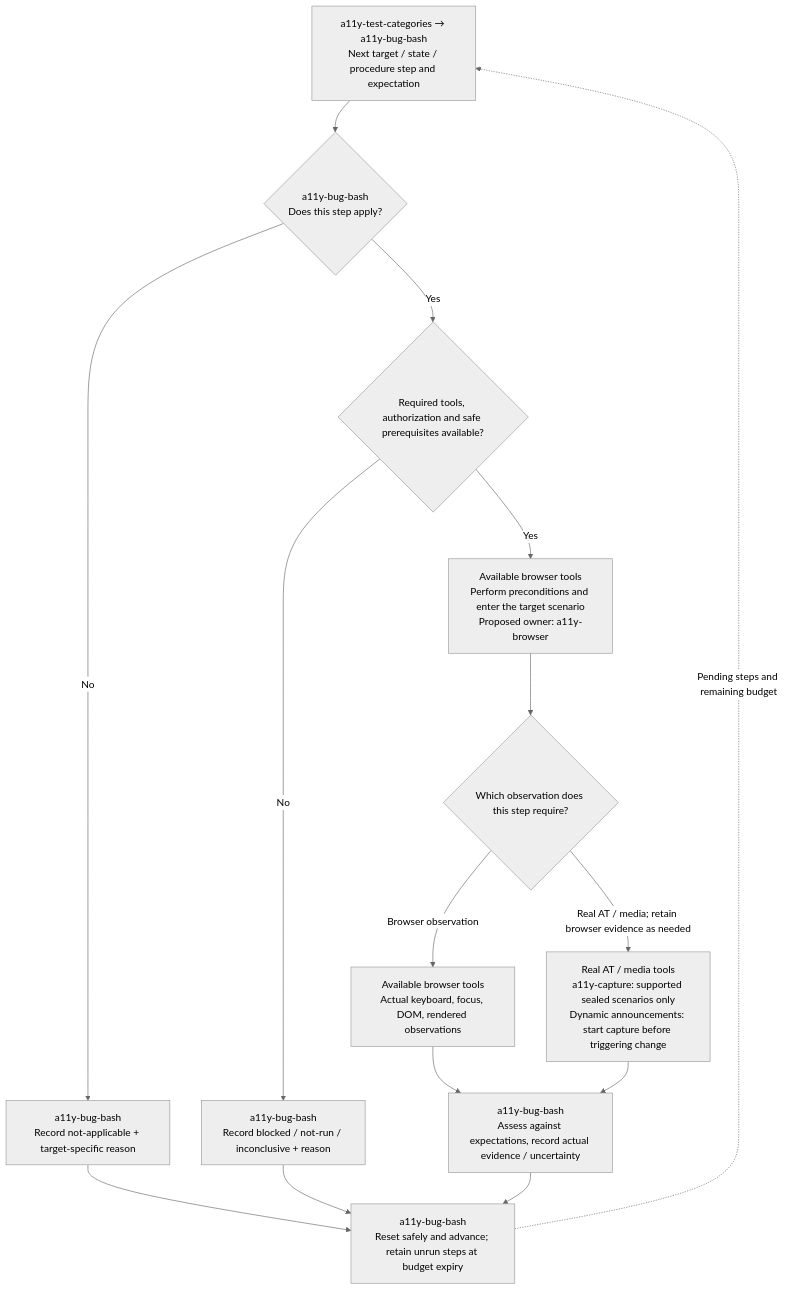
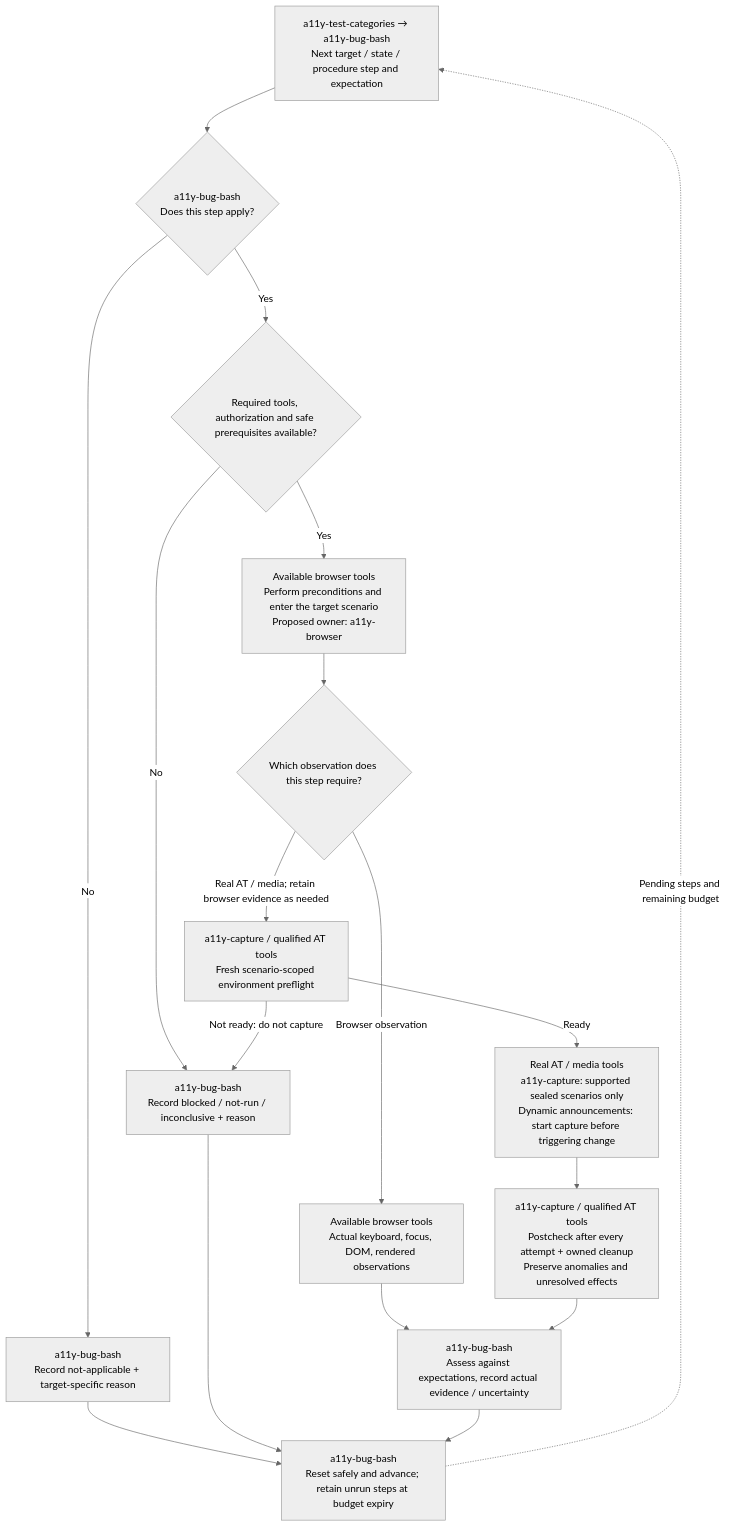
One commit to kaixun96/dev.A11yAssist changed the second of 2 diagrams in docs/BUG-BASH-ARCHITECTURE.md. Above: the diagram before and after it, drawn with Mermaid (neutral theme). The commit also changed other lines of this file and 309 other files, not shown here.

````diff
--- a/docs/BUG-BASH-ARCHITECTURE.md
+++ b/docs/BUG-BASH-ARCHITECTURE.md
@@ -115,23 +114,27 @@
 ```mermaid
 flowchart TD
     C["a11y-test-categories → a11y-bug-bash<br/>Next target / state / procedure step and expectation"]
     Q{"a11y-bug-bash<br/>Does this step apply?"}
     N["a11y-bug-bash<br/>Record not-applicable + target-specific reason"]
     T{"Required tools, authorization and safe prerequisites available?"}
     X["a11y-bug-bash<br/>Record blocked / not-run / inconclusive + reason"]
     B["Available browser tools<br/>Perform preconditions and enter the target scenario<br/>Proposed owner: a11y-browser"]
     D{"Which observation does this step require?"}
     W["Available browser tools<br/>Actual keyboard, focus, DOM, rendered observations"]
+    PRE["a11y-capture / qualified AT tools<br/>Fresh scenario-scoped environment preflight"]
     AT["Real AT / media tools<br/>a11y-capture: supported sealed scenarios only<br/>Dynamic announcements: start capture before triggering change"]
+    POST["a11y-capture / qualified AT tools<br/>Postcheck after every attempt + owned cleanup<br/>Preserve anomalies and unresolved effects"]
     F["a11y-bug-bash<br/>Assess against expectations, record actual evidence / uncertainty"]
     L["a11y-bug-bash<br/>Reset safely and advance; retain unrun steps at budget expiry"]
     C --> Q
     Q -- "No" --> N --> L
     Q -- "Yes" --> T
     T -- "No" --> X --> L
     T -- "Yes" --> B --> D
     D -- "Browser observation" --> W --> F
-    D -- "Real AT / media; retain browser evidence as needed" --> AT --> F
+    D -- "Real AT / media; retain browser evidence as needed" --> PRE
+    PRE -- "Ready" --> AT --> POST --> F
+    PRE -- "Not ready: do not capture" --> X
     F --> L
     L -. "Pending steps and remaining budget" .-> C
 ```
````
